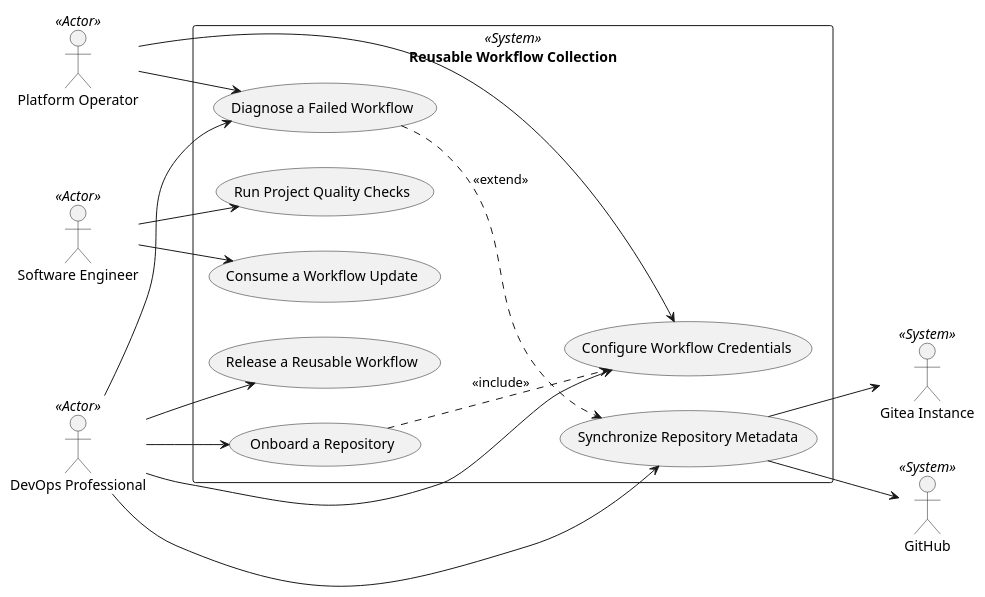
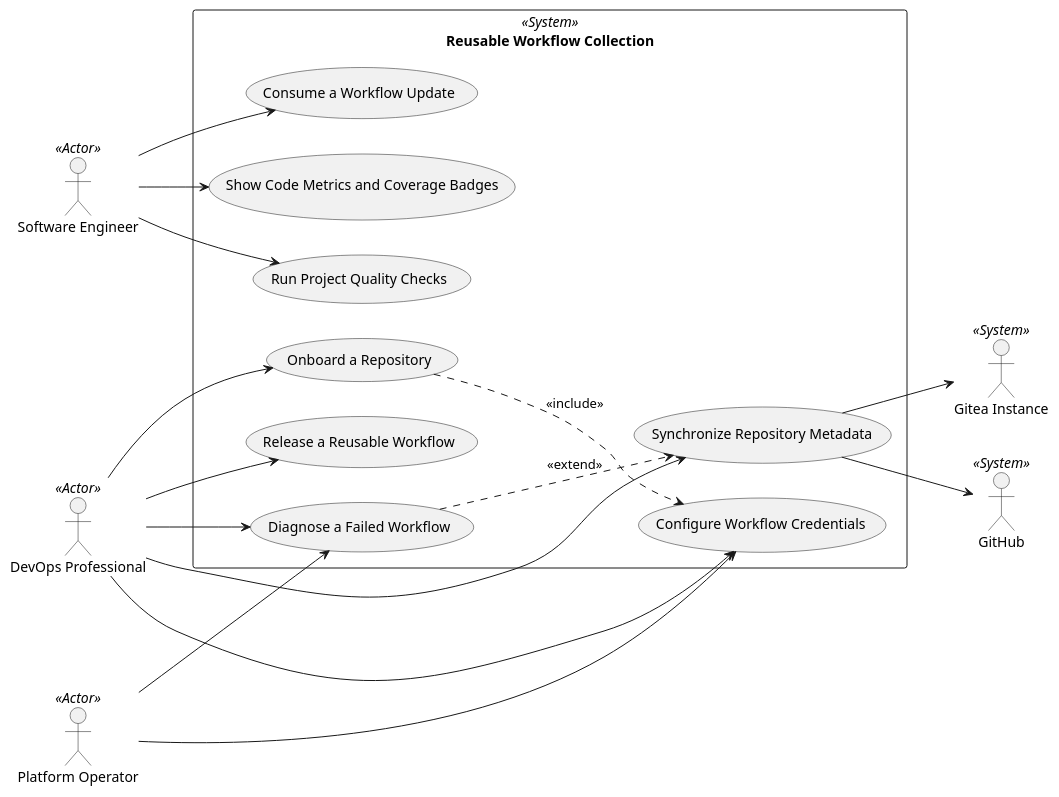
The diagram in docs/use-case-diagram.md (TirSystem/git-workflows), drawn with PlantUML before and after one commit. The commit also changed other lines of this file and 7 other files, not shown here.

````diff
--- a/docs/use-case-diagram.md
+++ b/docs/use-case-diagram.md
@@ -30,36 +30,38 @@
 ```plantuml
 @startuml
 left to right direction
 skinparam packageStyle rectangle
 
 actor "DevOps Professional" as DevOps <<Actor>>
 actor "Platform Operator" as Operator <<Actor>>
 actor "Software Engineer" as Engineer <<Actor>>
 actor "Gitea Instance" as Gitea <<System>>
 actor "GitHub" as GitHub <<System>>
 
 rectangle "Reusable Workflow Collection" <<System>> {
   usecase "Synchronize Repository Metadata" as UC1
   usecase "Configure Workflow Credentials" as UC2
   usecase "Onboard a Repository" as UC3
   usecase "Diagnose a Failed Workflow" as UC4
   usecase "Run Project Quality Checks" as UC5
   usecase "Release a Reusable Workflow" as UC6
   usecase "Consume a Workflow Update" as UC7
+  usecase "Show Code Metrics and Coverage Badges" as UC8
 }
 
 DevOps --> UC1
 DevOps --> UC2
 DevOps --> UC3
 DevOps --> UC4
 DevOps --> UC6
 Operator --> UC2
 Operator --> UC4
 Engineer --> UC5
 Engineer --> UC7
+Engineer --> UC8
 UC1 --> Gitea
 UC1 --> GitHub
 UC3 ..> UC2 : <<include>>
 UC4 ..> UC1 : <<extend>>
 @enduml
 ```
````
